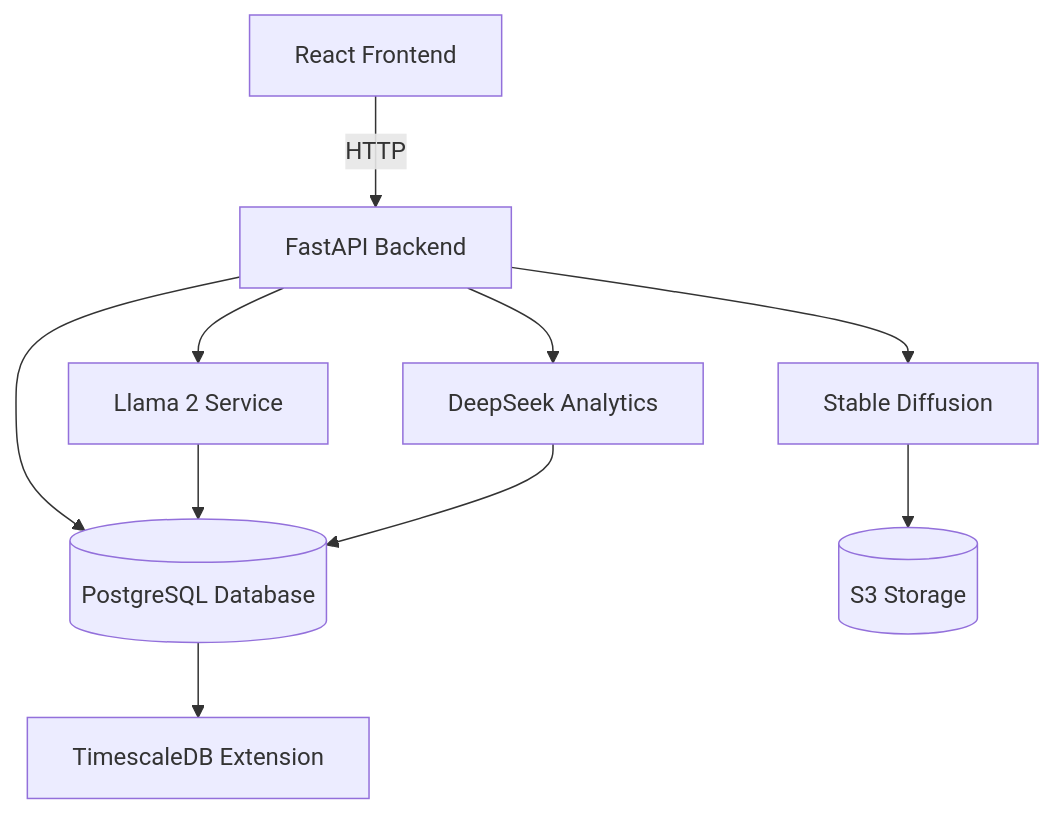
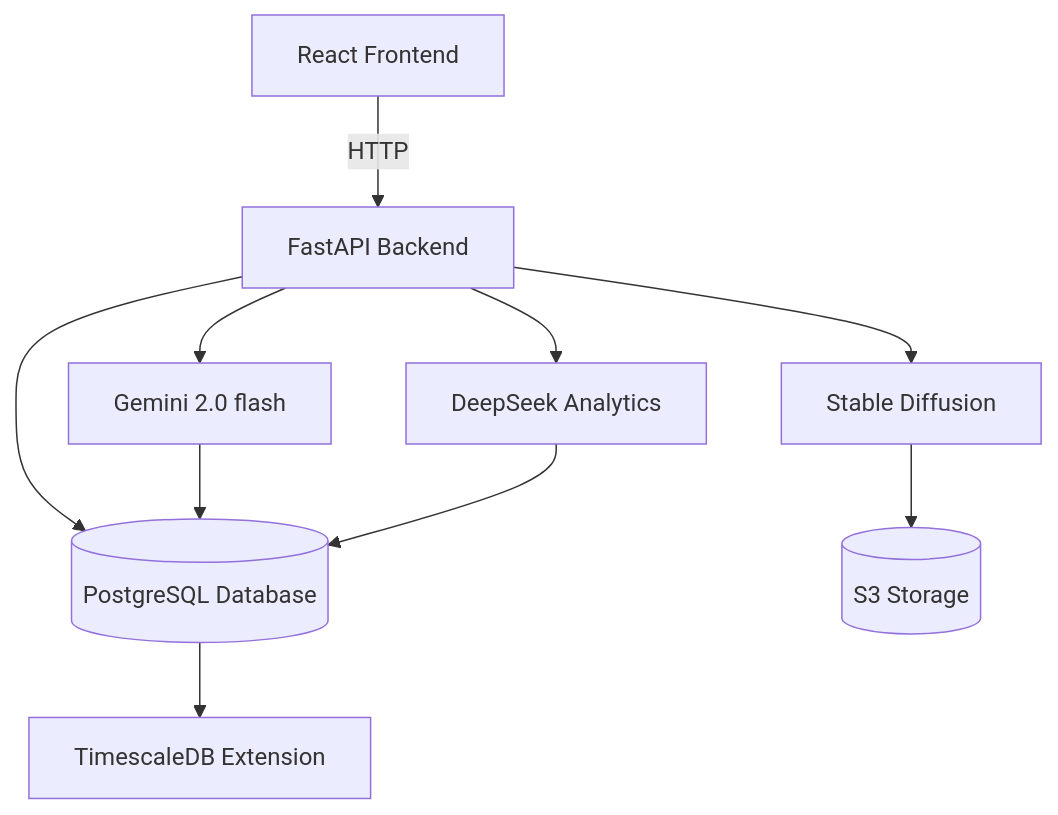
Before and after one commit to kimhongzhang323/UMH25: the diagram in README.md, drawn with Mermaid. The commit also changed other lines of this file and 1 other file, not shown here.

````diff
--- a/README.md
+++ b/README.md
@@ -118,12 +107,12 @@
 ```mermaid
 graph TD
     A[React Frontend] -->|HTTP| B[FastAPI Backend]
-    B --> C[Llama 2 Service]
+    B --> C[Gemini 2.0 flash]
     B --> D[Stable Diffusion]
     B --> E[DeepSeek Analytics]
     B --> F[(PostgreSQL Database)]
     C --> F
     D --> G[(S3 Storage)]
     E --> F
     F --> H[TimescaleDB Extension]
 ```
````
